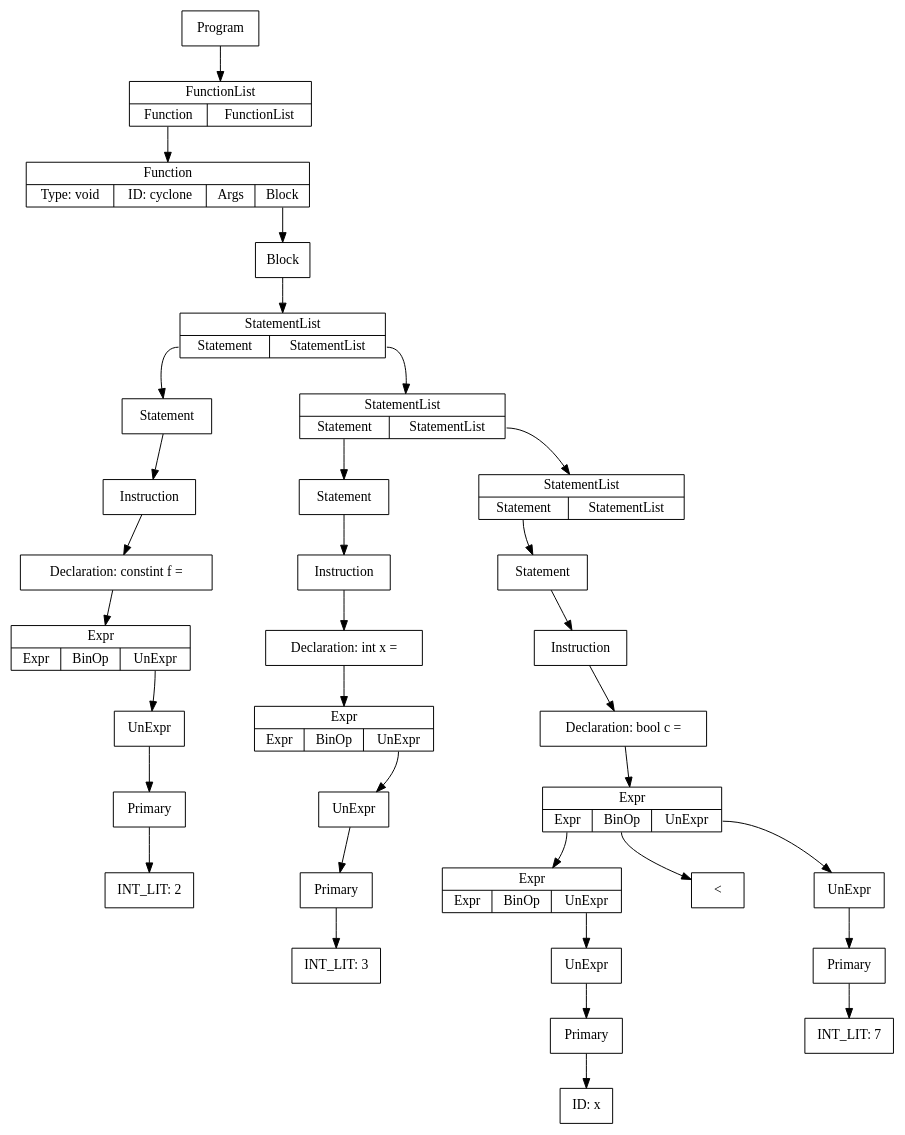
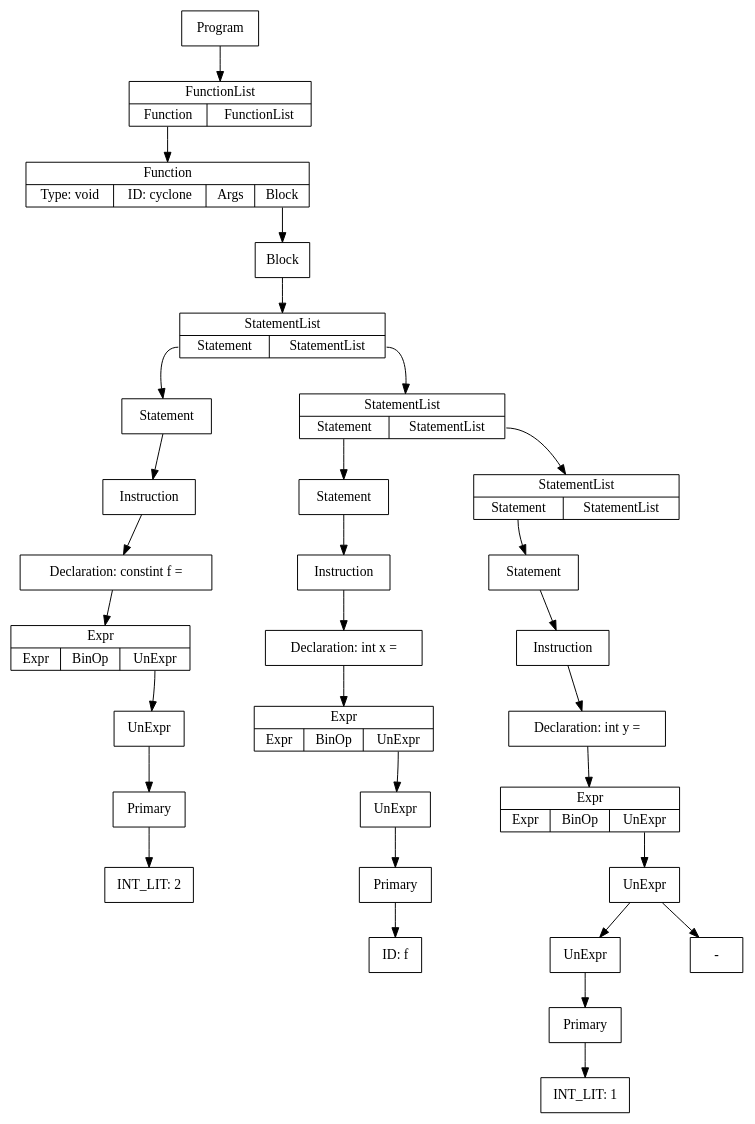
Before and after one commit to s-rom/CycloneCompiler: the diagram in InfoFiles/comp2.dot, drawn with Graphviz. The commit also changed 8 other files, not shown here.

```diff
--- a/InfoFiles/comp2.dot
+++ b/InfoFiles/comp2.dot
@@ -1,70 +1,64 @@
 digraph ccTree {
 graph[nodesep="1"]
 	node [shape=box]
 	node [shape=box]
 	n0 [label = "Primary"]
 	n1 [label = "INT_LIT: 2"]
 	n0-> n1
 	n2 [label = "UnExpr"]
 	n2-> n0
 	n3 [label = "{Expr | {<e>Expr | <bo>BinOp | <ue>UnExpr}}", shape="record"]
 	n3:ue-> n2
 	n4 [label = "Declaration: constint f = "]
 	n4-> n3
 	n5 [label = "Instruction"]
 	n5-> n4
 	n6 [label = "Statement"]
 	n6-> n5
 	n7 [label = "Primary"]
-	n8 [label = "INT_LIT: 3"]
+	n8 [label = "ID: f"]
 	n7-> n8
 	n9 [label = "UnExpr"]
 	n9-> n7
 	n10 [label = "{Expr | {<e>Expr | <bo>BinOp | <ue>UnExpr}}", shape="record"]
 	n10:ue-> n9
 	n11 [label = "Declaration: int x = "]
 	n11-> n10
 	n12 [label = "Instruction"]
 	n12-> n11
 	n13 [label = "Statement"]
 	n13-> n12
 	n14 [label = "Primary"]
-	n15 [label = "ID: x"]
+	n15 [label = "INT_LIT: 1"]
 	n14-> n15
 	n16 [label = "UnExpr"]
 	n16-> n14
-	n17 [label = "{Expr | {<e>Expr | <bo>BinOp | <ue>UnExpr}}", shape="record"]
-	n17:ue-> n16
-	n18 [label = "Primary"]
-	n19 [label = "INT_LIT: 7"]
-	n18-> n19
-	n20 [label = "UnExpr"]
-	n20-> n18
-	n21 [label = "{Expr | {<e>Expr | <bo>BinOp | <ue>UnExpr}}", shape="record"]
-	n21:e-> n17
-	n22 [label = "<"]
-	n21:bo-> n22
-	n21:ue-> n20
-	n23 [label = "Declaration: bool c = "]
-	n23-> n21
-	n24 [label = "Instruction"]
-	n24-> n23
-	n25 [label = "Statement"]
-	n25-> n24
-	n26 [label = "{StatementList | {<s>Statement | <sl>StatementList}}", shape="record"]
-	n26:s-> n25
-	n27 [label = "{StatementList | {<s>Statement | <sl>StatementList}}", shape="record"]
-	n27:s-> n13
-	n27:sl-> n26
-	n28 [label = "{StatementList | {<s>Statement | <sl>StatementList}}", shape="record"]
-	n28:s-> n6
-	n28:sl-> n27
-	n29 [label = "Block"]
+	n17 [label = "UnExpr"]
+	n18 [label = "-"]
+	n17-> n18
+	n17-> n16
+	n19 [label = "{Expr | {<e>Expr | <bo>BinOp | <ue>UnExpr}}", shape="record"]
+	n19:ue-> n17
+	n20 [label = "Declaration: int y = "]
+	n20-> n19
+	n21 [label = "Instruction"]
+	n21-> n20
+	n22 [label = "Statement"]
+	n22-> n21
+	n23 [label = "{StatementList | {<s>Statement | <sl>StatementList}}", shape="record"]
+	n23:s-> n22
+	n24 [label = "{StatementList | {<s>Statement | <sl>StatementList}}", shape="record"]
+	n24:s-> n13
+	n24:sl-> n23
+	n25 [label = "{StatementList | {<s>Statement | <sl>StatementList}}", shape="record"]
+	n25:s-> n6
+	n25:sl-> n24
+	n26 [label = "Block"]
+	n26-> n25
+	n27 [label = "{Function | {Type: void | ID: cyclone | <a>Args | <b>Block}}", shape="record"]
+	n27:b-> n26
+	n28 [label = "{FunctionList | {<f> Function | <fl> FunctionList}}", shape="record"]
+	n28:f-> n27
+	n29 [label = "Program"]
 	n29-> n28
-	n30 [label = "{Function | {Type: void | ID: cyclone | <a>Args | <b>Block}}", shape="record"]
-	n30:b-> n29
-	n31 [label = "{FunctionList | {<f> Function | <fl> FunctionList}}", shape="record"]
-	n31:f-> n30
-	n32 [label = "Program"]
-	n32-> n31
 }
```
